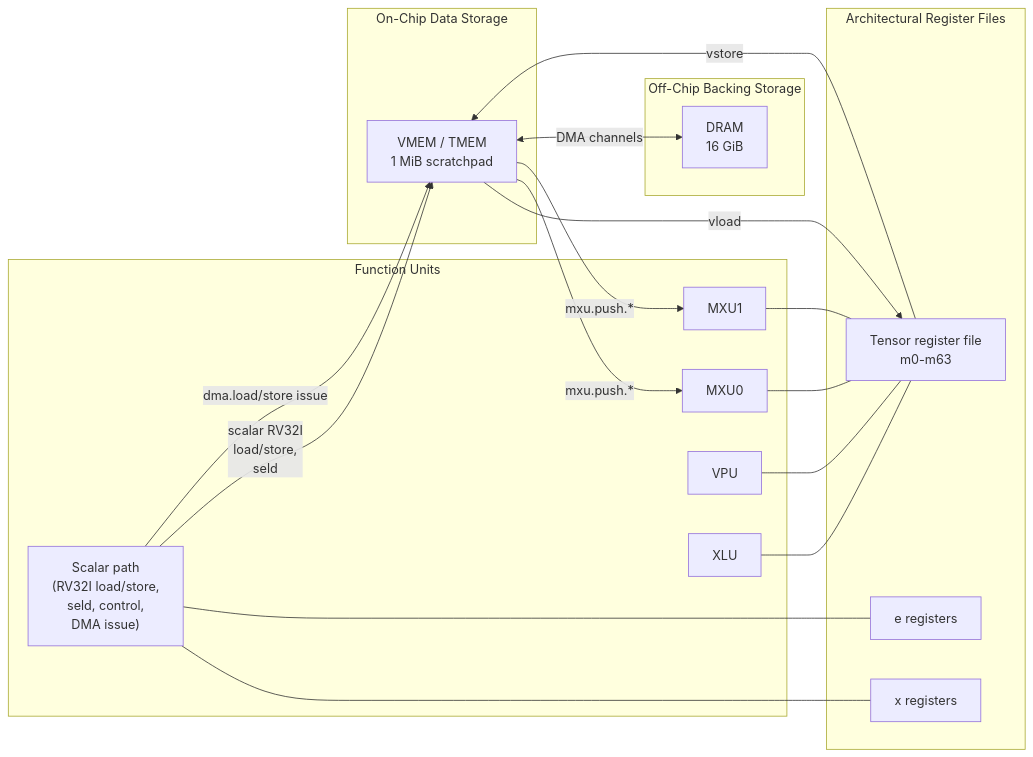
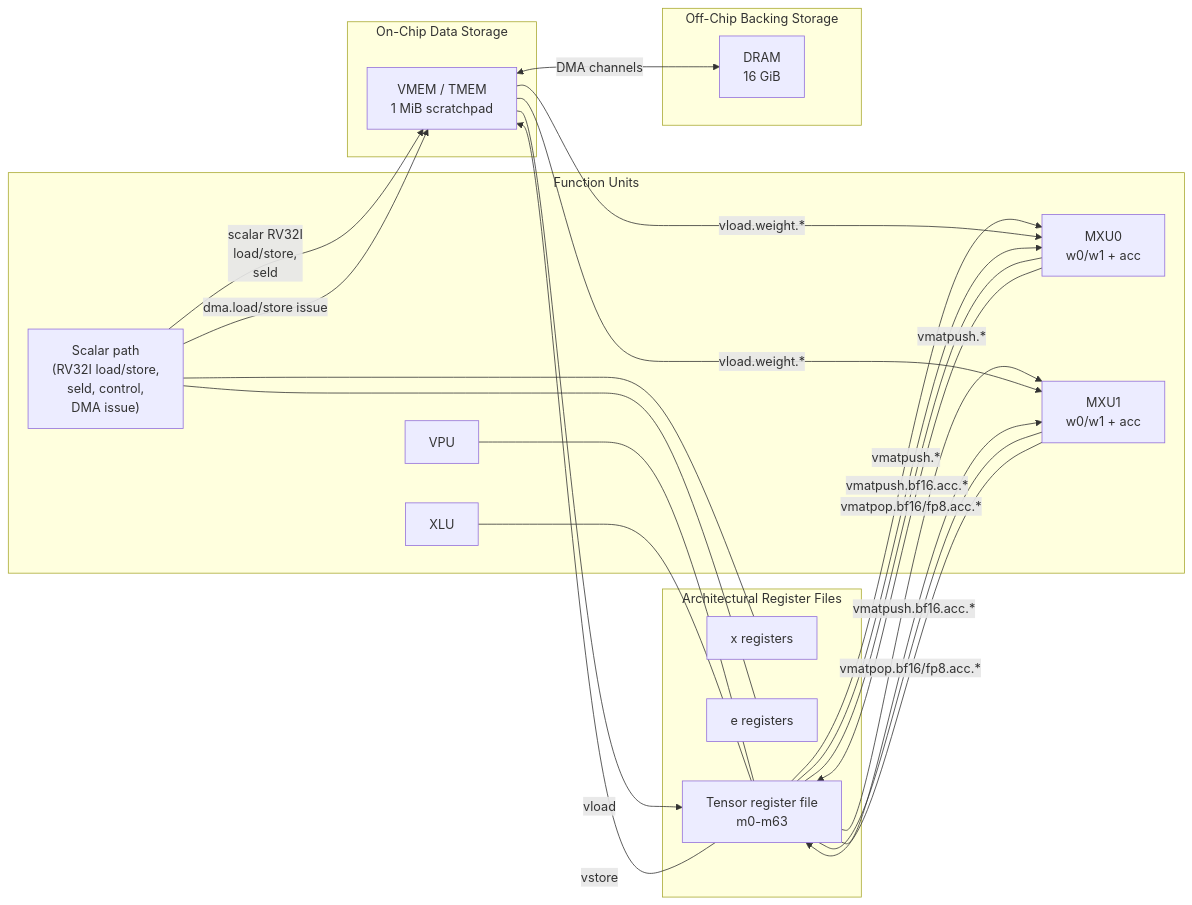
Before and after one commit to penguin-tpu/Penguin-TPU: the diagram in docs/specs/architecture-spec.md, drawn with Mermaid. The commit also changed other lines of this file and 31 other files, not shown here.

````diff
--- a/docs/specs/architecture-spec.md
+++ b/docs/specs/architecture-spec.md
@@ -245,40 +257,46 @@
 ```mermaid
 flowchart LR
     subgraph FU["Function Units"]
         SALU["Scalar path\n(RV32I load/store,\nseld, control,\nDMA issue)"]
-        MXU0["MXU0"]
-        MXU1["MXU1"]
+        MXU0["MXU0\nw0/w1 + acc"]
+        MXU1["MXU1\nw0/w1 + acc"]
         VPU["VPU"]
         XLU["XLU"]
     end
 
     subgraph RF["Architectural Register Files"]
         XREG["x registers"]
         EREG["e registers"]
         MREG["Tensor register file\nm0-m63"]
     end
 
     subgraph ONCHIP["On-Chip Data Storage"]
         VMEM["VMEM / TMEM\n1 MiB scratchpad"]
     end
 
     subgraph OFFCHIP["Off-Chip Backing Storage"]
         DRAM["DRAM\n16 GiB"]
     end
 
     SALU --- XREG
     SALU --- EREG
     MXU0 --- MREG
     MXU1 --- MREG
     VPU --- MREG
     XLU --- MREG
 
     SALU -->|"scalar RV32I\nload/store,\nseld"| VMEM
     VMEM -->|"vload"| MREG
     MREG -->|"vstore"| VMEM
-    VMEM -->|"mxu.push.*"| MXU0
-    VMEM -->|"mxu.push.*"| MXU1
+    MREG -->|"vmatpush.*"| MXU0
+    MREG -->|"vmatpush.*"| MXU1
+    VMEM -->|"vload.weight.*"| MXU0
+    VMEM -->|"vload.weight.*"| MXU1
+    MREG -->|"vmatpush.bf16.acc.*"| MXU0
+    MREG -->|"vmatpush.bf16.acc.*"| MXU1
+    MXU0 -->|"vmatpop.bf16/fp8.acc.*"| MREG
+    MXU1 -->|"vmatpop.bf16/fp8.acc.*"| MREG
 
     SALU -->|"dma.load/store issue"| VMEM
     VMEM <-->|"DMA channels"| DRAM
 ```
````
